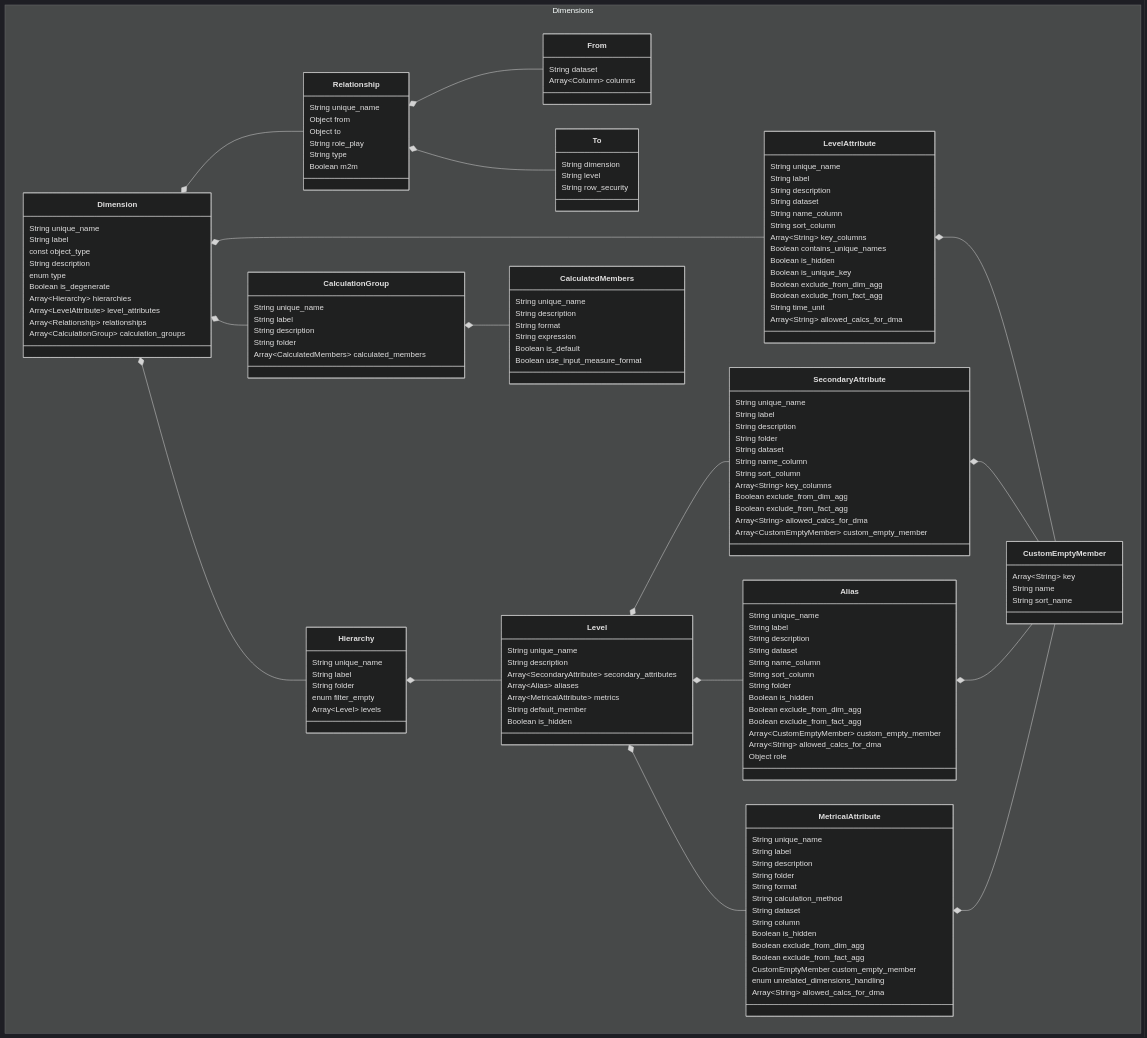
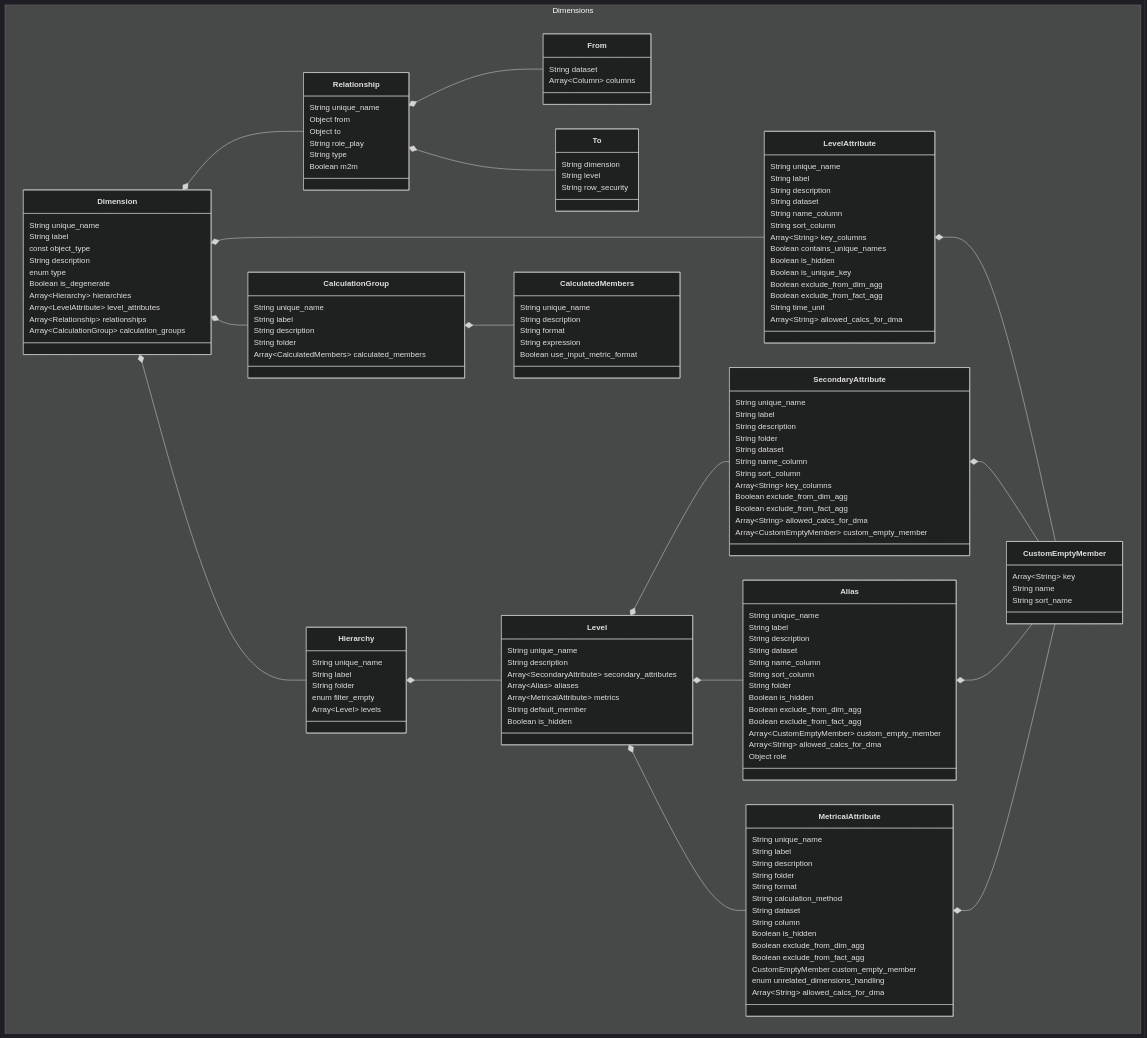
One commit to AlchemyTechLabsInc/SML changed the diagram in sml-reference/dimension.md. Above: the diagram before and after it, drawn with Mermaid (dark theme). The commit also changed other lines of this file, not shown here.

````diff
--- a/sml-reference/dimension.md
+++ b/sml-reference/dimension.md
@@ -287,8 +287,7 @@
       String description
       String format
       String expression
-      Boolean is_default
-      Boolean use_input_measure_format
+      Boolean use_input_metric_format
     }
 }
 ```
````
